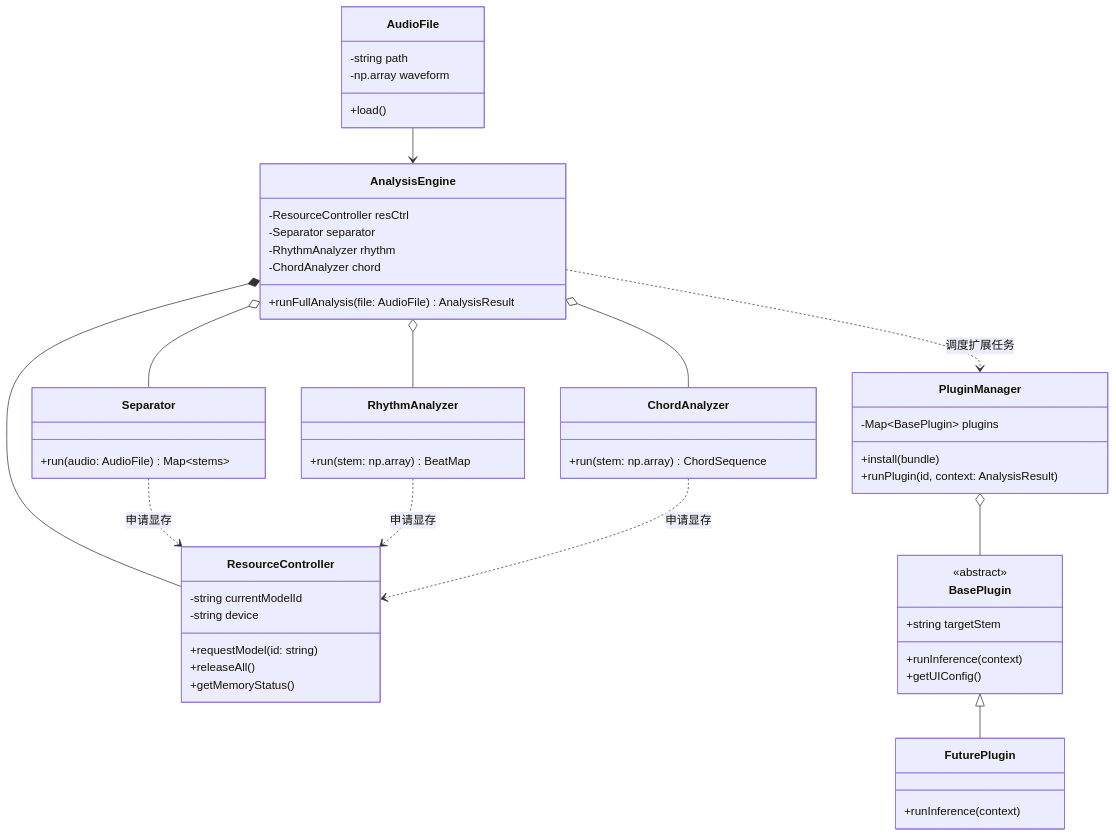
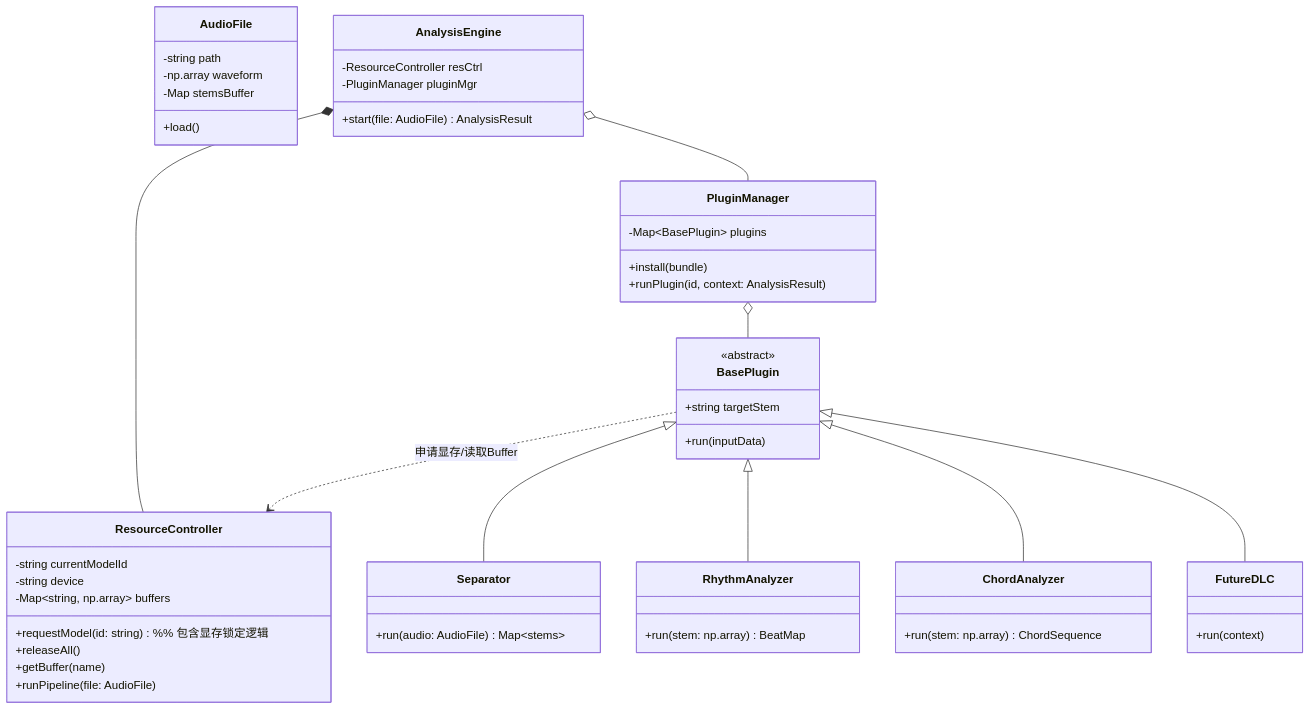
One commit to GotoMiyuki/TABsucks changed the second of 3 diagrams in 需求构思与建模.md. Above: the diagram before and after it, drawn with Mermaid. The commit also changed other lines of this file, not shown here.

Commit message:
Refactor class diagrams and flowchart in documentation

````diff
--- a/需求构思与建模.md
+++ b/需求构思与建模.md
@@ -138,72 +138,62 @@
 ```mermaid
 classDiagram
     %% 核心数据
     class AudioFile {
-      -string path
-      -np.array waveform
-      +load()
+        -string path
+        -np.array waveform
+        -Map stemsBuffer
+        +load()
     }
 
-    %% 资源调度 (算力优化核心)
+    %% 唯一的调度核心 (职责合并)
     class ResourceController {
-      -string currentModelId
-      -string device
-      +requestModel(id: string)
-      +releaseAll()
-      +getMemoryStatus()
+        -string currentModelId
+        -string device
+        -Map~string, np.array~ buffers
+        +requestModel(id: string) %% 包含显存锁定逻辑
+        +releaseAll()
+        +getBuffer(name)
+        +runPipeline(file: AudioFile) 
     }
 
-    %% 核心分析引擎
+    %% 核心分析引擎 (对外接口)
     class AnalysisEngine {
-      -ResourceController resCtrl
-      -Separator separator
-      -RhythmAnalyzer rhythm
-      -ChordAnalyzer chord
-      +runFullAnalysis(file: AudioFile) AnalysisResult
+        -ResourceController resCtrl
+        -PluginManager pluginMgr
+        +start(file: AudioFile) AnalysisResult
     }
 
-    class Separator {
-      +run(audio: AudioFile) Map~stems~
+    %% 插件系统 (高度统一)
+    class BasePlugin {
+        <<abstract>>
+        +string targetStem
+        +run(inputData)
     }
 
-    class RhythmAnalyzer {
-      +run(stem: np.array) BeatMap
-    }
-
-    class ChordAnalyzer {
-      +run(stem: np.array) ChordSequence
-    }
-
-    %% 插件系统
     class PluginManager {
       -Map~BasePlugin~ plugins
       +install(bundle)
       +runPlugin(id, context: AnalysisResult)
     }
 
-    class BasePlugin {
-      <<abstract>>
-      +string targetStem
-      +runInference(context)
-      +getUIConfig()
-    }
+    class Separator { +run(audio: AudioFile) Map~stems~ }
+    class RhythmAnalyzer { +run(stem: np.array) BeatMap }
+    class ChordAnalyzer { +run(stem: np.array) ChordSequence }
+    class FutureDLC { +run(context) }
 
-    class FuturePlugin {
-      +runInference(context)
-    }
     %% 关联关系
     AnalysisEngine *-- ResourceController
-    AnalysisEngine o-- Separator
-    AnalysisEngine o-- RhythmAnalyzer
-    AnalysisEngine o-- ChordAnalyzer
+    AnalysisEngine o-- PluginManager
     
-    AudioFile --> AnalysisEngine
-    Separator ..> ResourceController : 申请显存
-    RhythmAnalyzer ..> ResourceController : 申请显存
-    ChordAnalyzer ..> ResourceController : 申请显存
+    %% 插件注册到管理器
+    PluginManager o-- BasePlugin
     
-    PluginManager o-- BasePlugin
-    BasePlugin <|-- FuturePlugin
-    
-    AnalysisEngine ..> PluginManager : 调度扩展任务
+    %% 具体实现继承
+    BasePlugin <|-- Separator
+    BasePlugin <|-- RhythmAnalyzer
+    BasePlugin <|-- ChordAnalyzer
+    BasePlugin <|-- FutureDLC
+
+    %% 所有的插件直接向 RC 申请资源和读取数据
+    BasePlugin ..> ResourceController : 申请显存/读取Buffer
 ```
````
